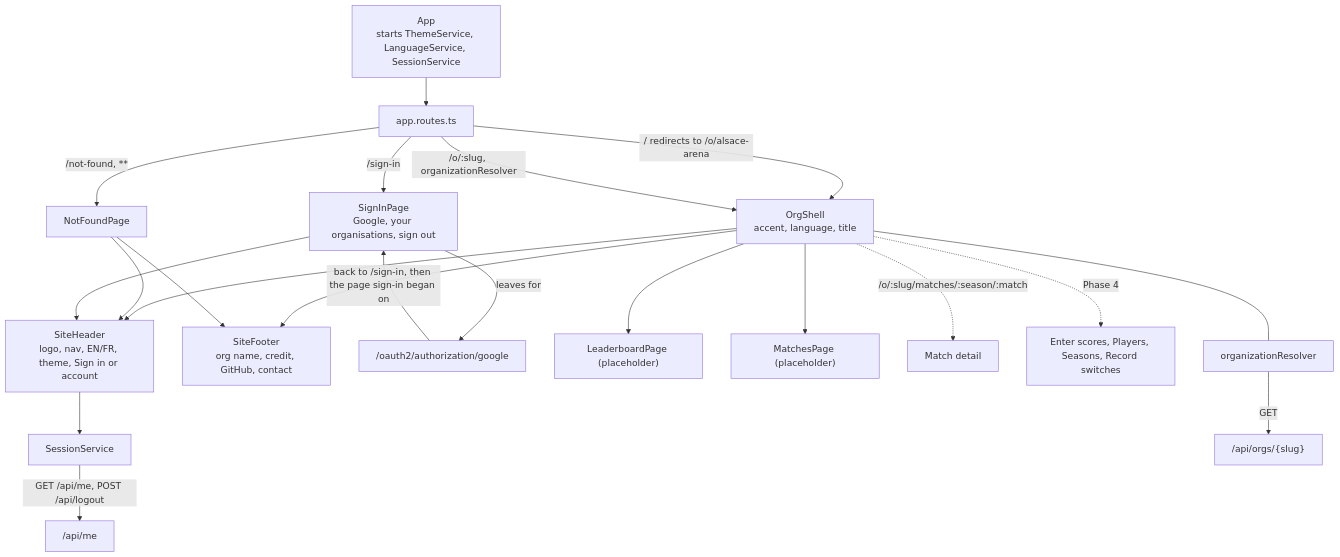
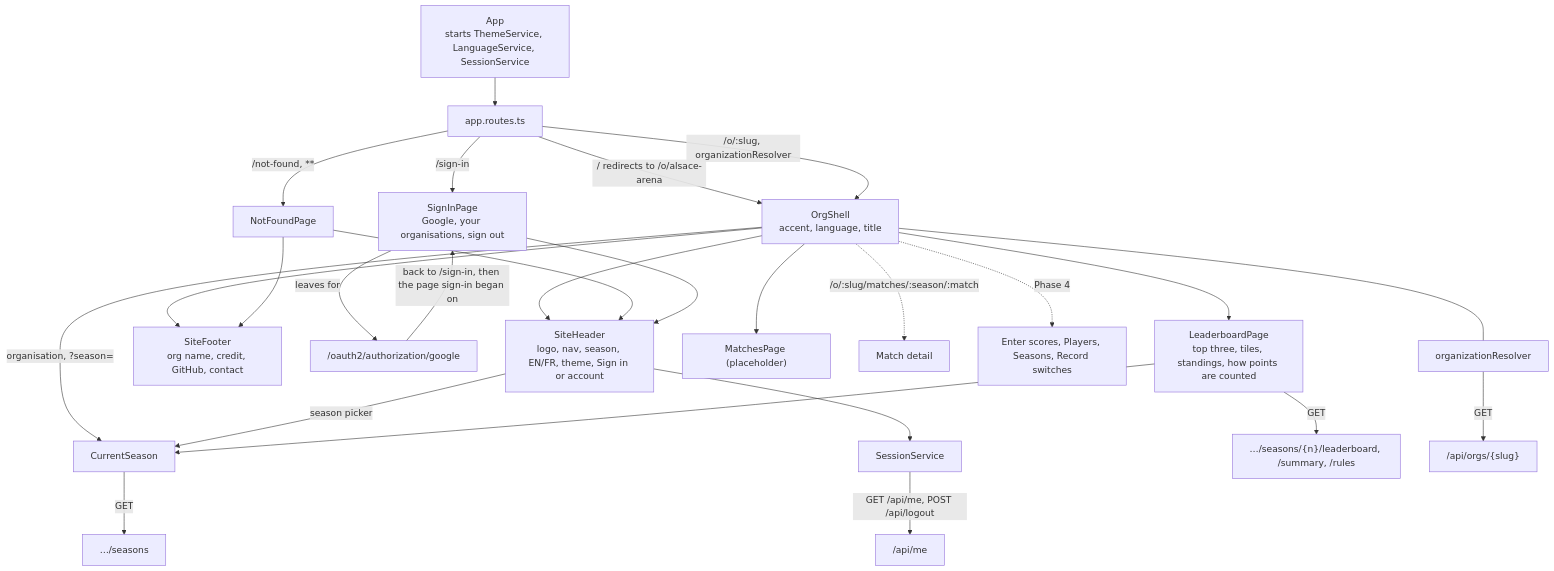
One commit to irmahs-labs/tournament-leaderboard changed the sixth of 7 diagrams in docs/context-graph.md. Above: the diagram before and after it, drawn with Mermaid. The commit also changed other lines of this file and 21 other files, not shown here.

First line of the commit message:
feat: show the season leaderboard

````diff
--- a/docs/context-graph.md
+++ b/docs/context-graph.md
@@ -145,22 +146,27 @@
 ```mermaid
 flowchart TD
     app[App<br/>starts ThemeService, LanguageService, SessionService] --> routes[app.routes.ts]
     routes -->|"/ redirects to /o/alsace-arena"| shell
     routes -->|"/o/:slug, organizationResolver"| shell[OrgShell<br/>accent, language, title]
     routes -->|"/not-found, **"| nf[NotFoundPage]
     routes -->|"/sign-in"| si[SignInPage<br/>Google, your organisations, sign out]
-    shell --> header[SiteHeader<br/>logo, nav, EN/FR, theme, Sign in or account]
+    shell --> header[SiteHeader<br/>logo, nav, season, EN/FR, theme, Sign in or account]
     shell --> footer[SiteFooter<br/>org name, credit, GitHub, contact]
+    shell -->|"organisation, ?season="| current[CurrentSeason]
+    current -->|GET| seasonsApi["…/seasons"]
+    header -->|season picker| current
     nf --> header
     nf --> footer
     si --> header
     si -->|"leaves for"| google["/oauth2/authorization/google"]
     google -->|"back to /sign-in, then the page sign-in began on"| si
     header --> session[SessionService] -->|GET /api/me, POST /api/logout| meApi["/api/me"]
-    shell --> lb["LeaderboardPage (placeholder)"]
+    shell --> lb["LeaderboardPage<br/>top three, tiles, standings, how points are counted"]
+    lb --> current
+    lb -->|GET| lbApi["…/seasons/{n}/leaderboard, /summary, /rules"]
     shell --> mt["MatchesPage (placeholder)"]
     shell -.->|"/o/:slug/matches/:season/:match"| md[Match detail]
     shell -.->|Phase 4| adm[Enter scores, Players, Seasons, Record switches]
     resolver[organizationResolver] -->|GET| orgApi["/api/orgs/{slug}"]
     shell --- resolver
 ```
````
